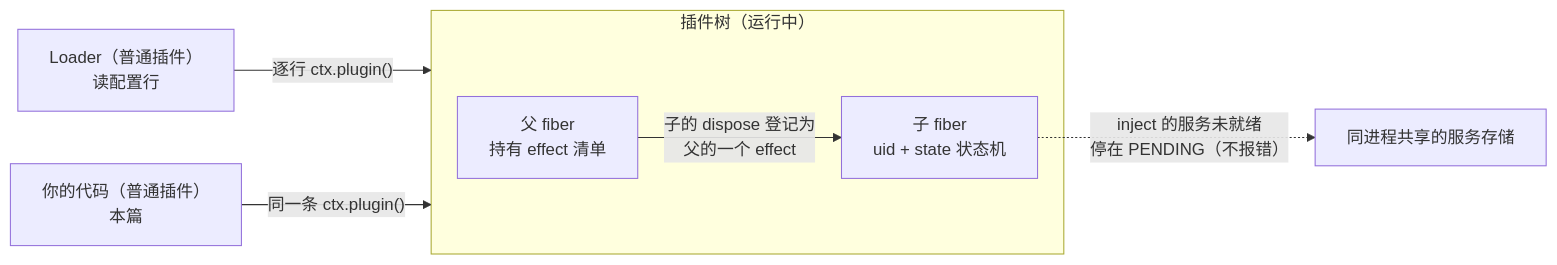
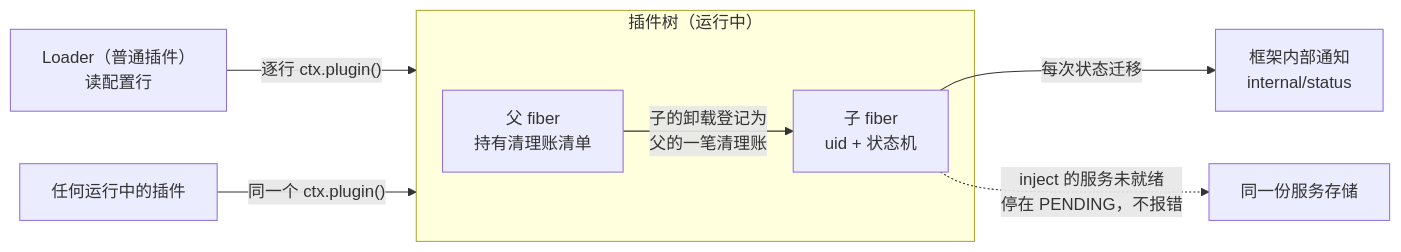
One commit to anthonyzhao-4926/blog changed the first of 2 diagrams in dsh 插件开发学习/19-运行期动态挂载插件.md. Above: the diagram before and after it, drawn with Mermaid. The commit also changed other lines of this file and 38 other files, not shown here.

````diff
--- a/dsh 插件开发学习/19-运行期动态挂载插件.md
+++ b/dsh 插件开发学习/19-运行期动态挂载插件.md
@@ -46,11 +52,12 @@
 ```mermaid
 flowchart LR
     L["Loader（普通插件）<br/>读配置行"] -- "逐行 ctx.plugin()" --> T
-    Y["你的代码（普通插件）<br/>本篇"] -- "同一条 ctx.plugin()" --> T
+    Y["任何运行中的插件"] -- "同一个 ctx.plugin()" --> T
     subgraph T["插件树（运行中）"]
-        P["父 fiber<br/>持有 effect 清单"]
-        C["子 fiber<br/>uid + state 状态机"]
-        P -- "子的 dispose 登记为<br/>父的一个 effect" --> C
+        P["父 fiber<br/>持有清理账清单"]
+        C["子 fiber<br/>uid + 状态机"]
+        P -- "子的卸载登记为<br/>父的一笔清理账" --> C
     end
-    C -. "inject 的服务未就绪<br/>停在 PENDING（不报错）" .-> S["同进程共享的服务存储"]
+    C -- "每次状态迁移" --> N["框架内部通知<br/>internal/status"]
+    C -. "inject 的服务未就绪<br/>停在 PENDING，不报错" .-> S["同一份服务存储"]
 ```
````
